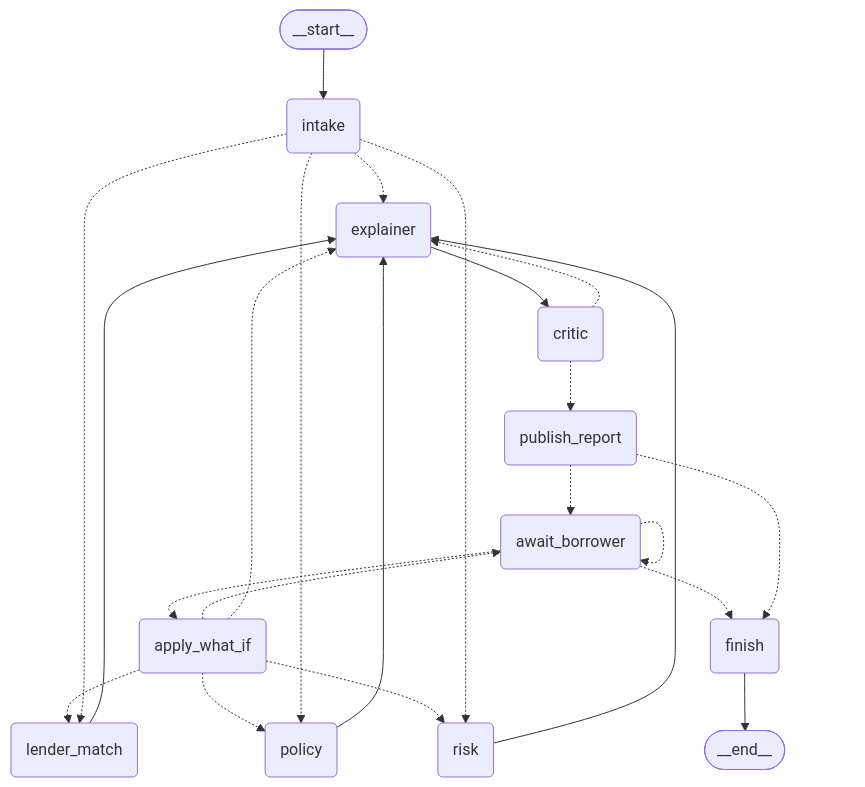
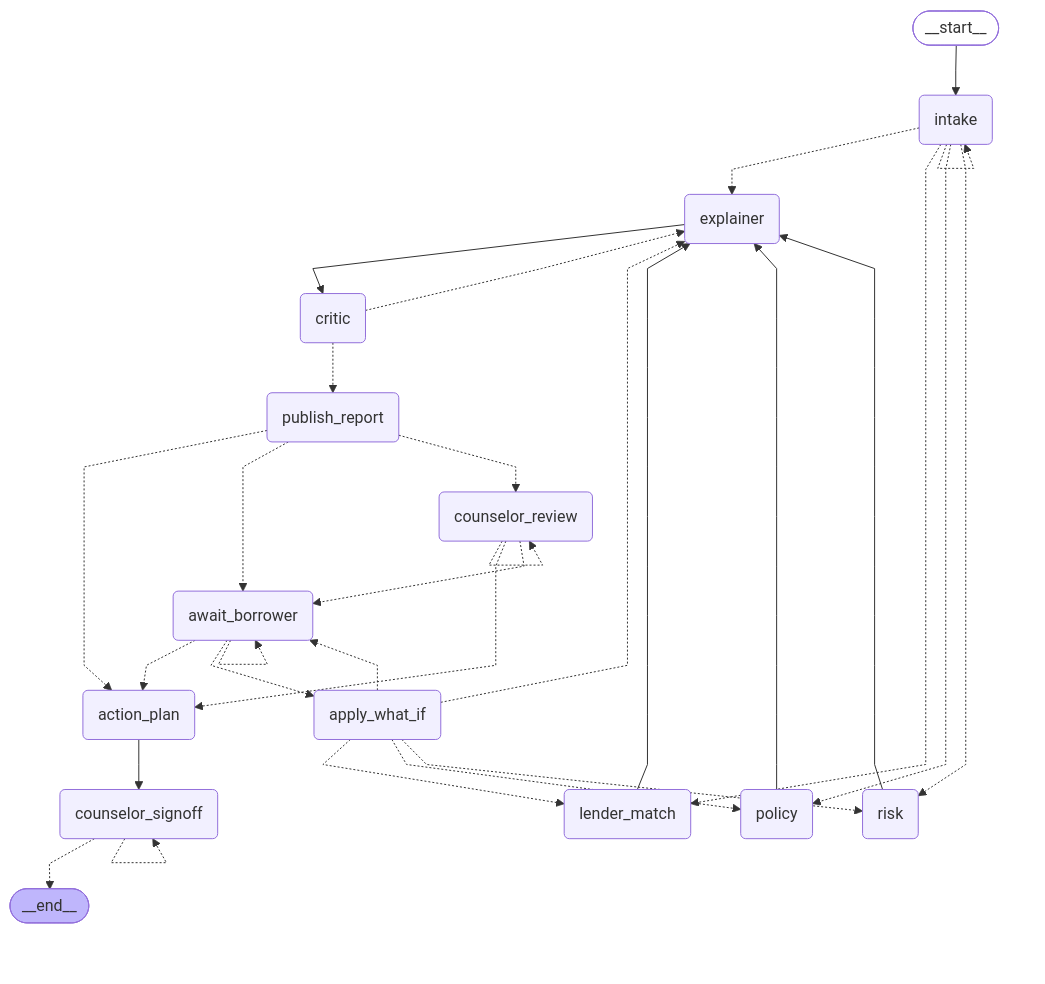
The diagram in orchestrator/README.md (PeterThaggardGWU/ISTM6227-Loan-Counselor), drawn with Mermaid before and after one commit. The commit also changed other lines of this file and 58 other files, not shown here.

````diff
--- a/orchestrator/README.md
+++ b/orchestrator/README.md
@@ -26,37 +38,54 @@
 ```mermaid
+---
+config:
+  flowchart:
+    curve: linear
+---
 graph TD;
 	__start__([<p>__start__</p>]):::first
 	intake(intake)
 	lender_match(lender_match)
 	risk(risk)
 	policy(policy)
 	explainer(explainer)
 	critic(critic)
 	publish_report(publish_report)
+	counselor_review(counselor_review)
 	await_borrower(await_borrower)
 	apply_what_if(apply_what_if)
-	finish(finish)
+	action_plan(action_plan)
+	counselor_signoff(counselor_signoff)
 	__end__([<p>__end__</p>]):::last
 	__start__ --> intake;
+	action_plan --> counselor_signoff;
 	apply_what_if -.-> await_borrower;
 	apply_what_if -.-> explainer;
 	apply_what_if -.-> lender_match;
 	apply_what_if -.-> policy;
 	apply_what_if -.-> risk;
+	await_borrower -.-> action_plan;
 	await_borrower -.-> apply_what_if;
-	await_borrower -.-> finish;
+	counselor_review -.-> action_plan;
+	counselor_review -.-> await_borrower;
+	counselor_signoff -.-> __end__;
 	critic -.-> explainer;
 	critic -.-> publish_report;
 	explainer --> critic;
 	intake -.-> explainer;
 	intake -.-> lender_match;
 	intake -.-> policy;
 	intake -.-> risk;
 	lender_match --> explainer;
 	policy --> explainer;
+	publish_report -.-> action_plan;
 	publish_report -.-> await_borrower;
-	publish_report -.-> finish;
+	publish_report -.-> counselor_review;
 	risk --> explainer;
-	finish --> __end__;
 	await_borrower -.-> await_borrower;
+	counselor_review -.-> counselor_review;
+	counselor_signoff -.-> counselor_signoff;
+	intake -.-> intake;
+	classDef default fill:#f2f0ff,line-height:1.2
+	classDef first fill-opacity:0
+	classDef last fill:#bfb6fc
 ```
````
